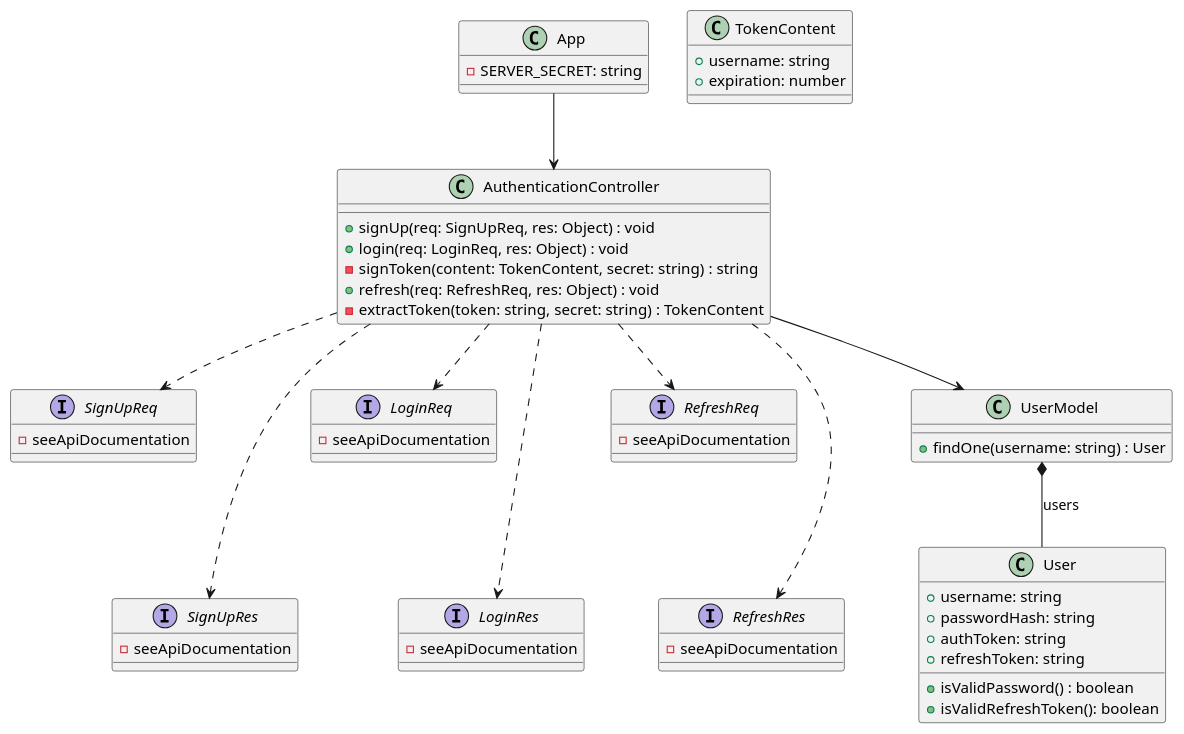
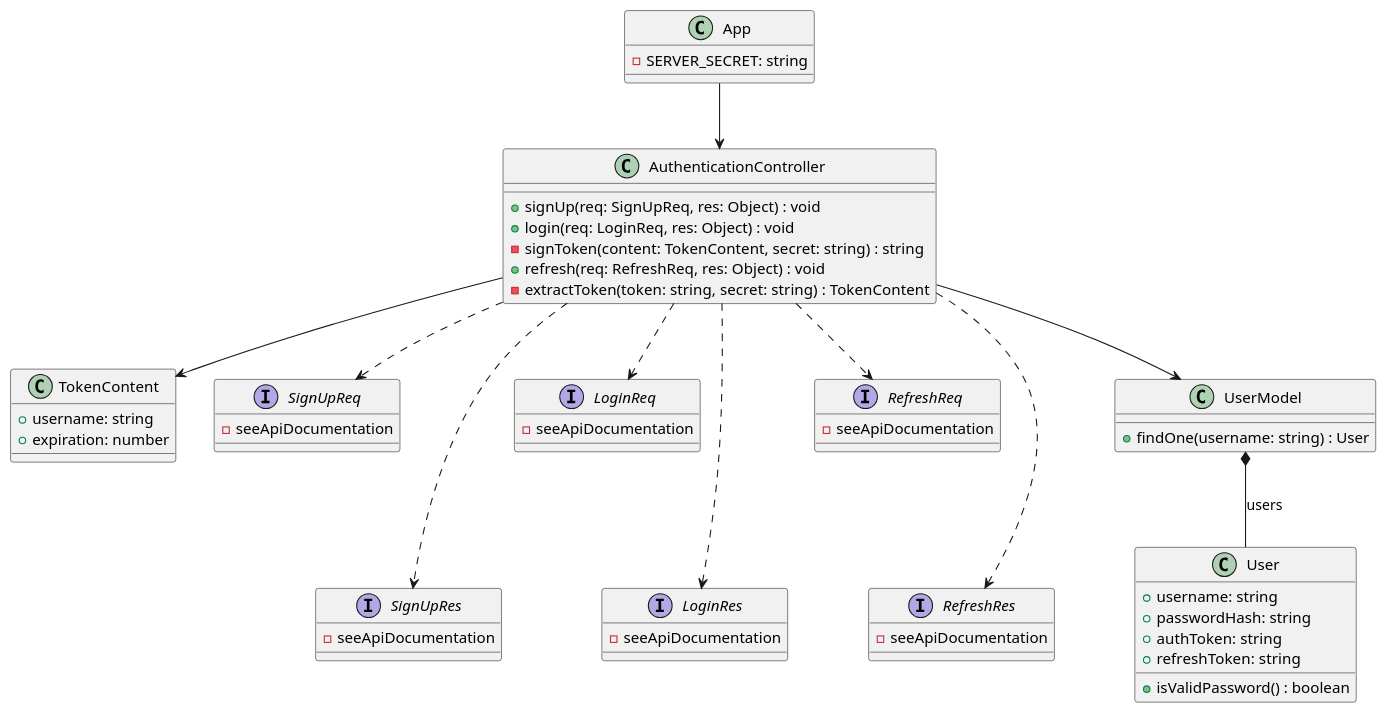
Before and after one commit to PSE-TECO-2020-TEAM1/e2e-ml_docs: the diagram in Design/auth_class_diagram.pu, drawn with PlantUML. The commit also changed 4 other files, not shown here.

```diff
--- a/Design/auth_class_diagram.pu
+++ b/Design/auth_class_diagram.pu
@@ -1,70 +1,71 @@
-@startuml ExpressAppAuth
+@startuml Authentication Class Diagram
 
 class App {
     -SERVER_SECRET: string
 }
 
 class TokenContent {
     +username: string
     +expiration: number
 }
 
 class AuthenticationController {
     +signUp(req: SignUpReq, res: Object) : void
     +login(req: LoginReq, res: Object) : void
     -signToken(content: TokenContent, secret: string) : string
     +refresh(req: RefreshReq, res: Object) : void
     -extractToken(token: string, secret: string) : TokenContent
 }
+
+AuthenticationController --> TokenContent
 
 interface SignUpReq {
     -seeApiDocumentation
 }
 interface SignUpRes {
     -seeApiDocumentation
 }
 SignUpReq -[hidden]-> SignUpRes
 
 interface LoginReq {
     -seeApiDocumentation
 }
 interface LoginRes {
     -seeApiDocumentation
 }
 LoginReq -[hidden]-> LoginRes
 
 interface RefreshReq {
     -seeApiDocumentation
 }
 interface RefreshRes {
     -seeApiDocumentation
 }
 RefreshReq -[hidden]-> RefreshRes
 
 AuthenticationController ..> SignUpReq
 AuthenticationController ..> SignUpRes
 AuthenticationController ..> LoginReq
 AuthenticationController ..> LoginRes
 AuthenticationController ..> RefreshReq
 AuthenticationController ..> RefreshRes
 
 App --> AuthenticationController
 
 class UserModel {
     +findOne(username: string) : User
 }
 
 AuthenticationController --> UserModel
 
 class User {
     +username: string
     +passwordHash: string
     +authToken: string
     +refreshToken: string
     +isValidPassword() : boolean
-    +isValidRefreshToken(): boolean
 }
 
 UserModel *-- User : users
 
 @enduml
```
